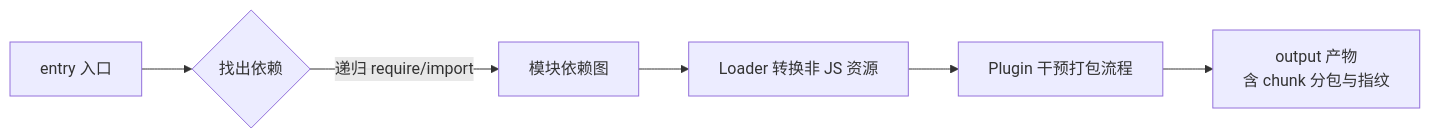
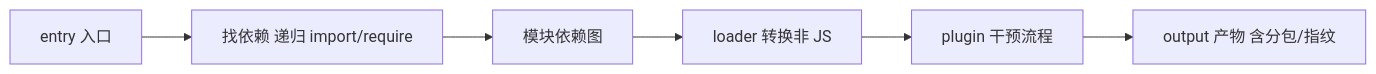
One commit to inspire-man/frontend-knowledge-base changed the diagram in frontend-knowledge-base/卷五-构建与工程化/5.3-webpack深入.md. Above: the diagram before and after it, drawn with Mermaid. The commit also changed other lines of this file and 2 other files, not shown here.

````diff
--- a/frontend-knowledge-base/卷五-构建与工程化/5.3-webpack深入.md
+++ b/frontend-knowledge-base/卷五-构建与工程化/5.3-webpack深入.md
@@ -16,8 +16,8 @@
 ```mermaid
 flowchart LR
-    A[entry 入口] --> B{找出依赖}
-    B -->|递归 require/import| C[模块依赖图]
-    C --> D[Loader 转换非 JS 资源]
-    D --> E[Plugin 干预打包流程]
-    E --> F[output 产物<br/>含 chunk 分包与指纹]
+    A[entry 入口] --> B[找依赖 递归 import/require]
+    B --> C[模块依赖图]
+    C --> D[loader 转换非 JS]
+    D --> E[plugin 干预流程]
+    E --> F[output 产物 含分包/指纹]
 ```
````
